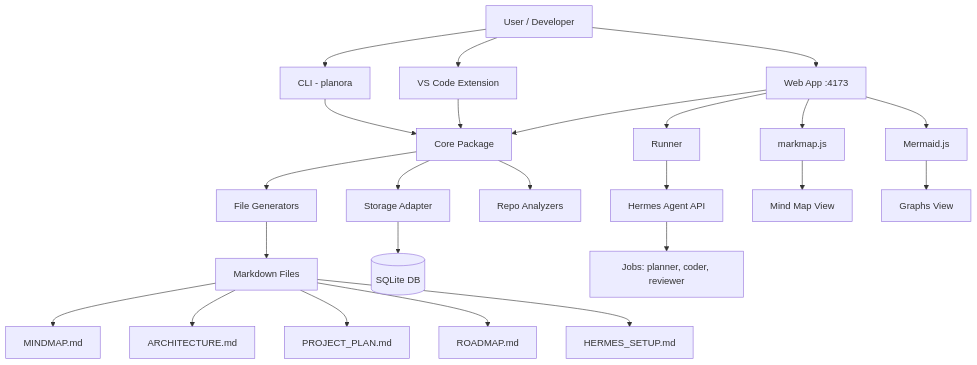
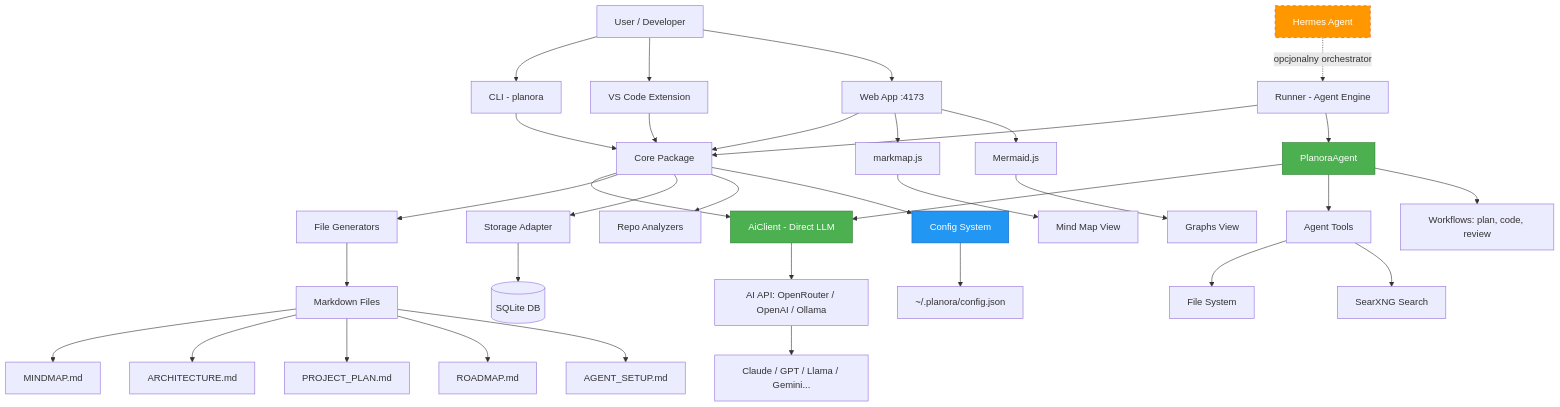
The first of 3 diagrams in plans/03_ARCHITECTURE.md (kubabb/Planora), drawn with Mermaid before and after one commit. The commit also changed other lines of this file and 36 other files, not shown here.

First line of the commit message:
feat(core): własny agent AI — AiClient + Config + Agent Engine

````diff
--- a/plans/03_ARCHITECTURE.md
+++ b/plans/03_ARCHITECTURE.md
@@ -114,33 +152,52 @@
 ```mermaid
 graph TD
     User[User / Developer]
 
     User --> CLI[CLI - planora]
     User --> VSCode[VS Code Extension]
     User --> Web[Web App :4173]
 
     CLI --> Core[Core Package]
     VSCode --> Core
     Web --> Core
-    Web --> Runner
 
+    Core --> AiClient[AiClient - Direct LLM]
     Core --> Generators[File Generators]
     Core --> Storage[Storage Adapter]
     Core --> Analyzers[Repo Analyzers]
+    Core --> Config[Config System]
+
+    Config --> ConfigFile[~/.planora/config.json]
+    AiClient --> AI[AI API: OpenRouter / OpenAI / Ollama]
+    AI --> Models[Claude / GPT / Llama / Gemini...]
+
+    Runner[Runner - Agent Engine] --> Core
+    Runner --> Agent[PlanoraAgent]
+    Agent --> AiClient
+    Agent --> Tools[Agent Tools]
+    Agent --> Workflows[Workflows: plan, code, review]
+
+    Tools --> FS[File System]
+    Tools --> SearXNG[SearXNG Search]
 
     Generators --> MD[Markdown Files]
     MD --> Mindmap[MINDMAP.md]
     MD --> Arch[ARCHITECTURE.md]
     MD --> Plan[PROJECT_PLAN.md]
     MD --> Roadmap[ROADMAP.md]
-    MD --> HermesCfg[HERMES_SETUP.md]
+    MD --> AgentCfg[AGENT_SETUP.md]
 
     Storage --> SQLite[(SQLite DB)]
-    Runner --> Hermes[Hermes Agent API]
-    Hermes --> Jobs[Jobs: planner, coder, reviewer]
+
+    Hermes[Hermes Agent] -.->|opcjonalny orchestrator| Runner
 
     Web --> Markmap[markmap.js]
     Web --> Mermaid[Mermaid.js]
     Markmap --> MindMapView[Mind Map View]
     Mermaid --> GraphsView[Graphs View]
+
+    style AiClient fill:#4CAF50,stroke:#2E7D32,color:#fff
+    style Agent fill:#4CAF50,stroke:#2E7D32,color:#fff
+    style Hermes fill:#FF9800,stroke:#E65100,color:#fff,stroke-dasharray: 5 5
+    style Config fill:#2196F3,stroke:#1565C0,color:#fff
 ```
````
